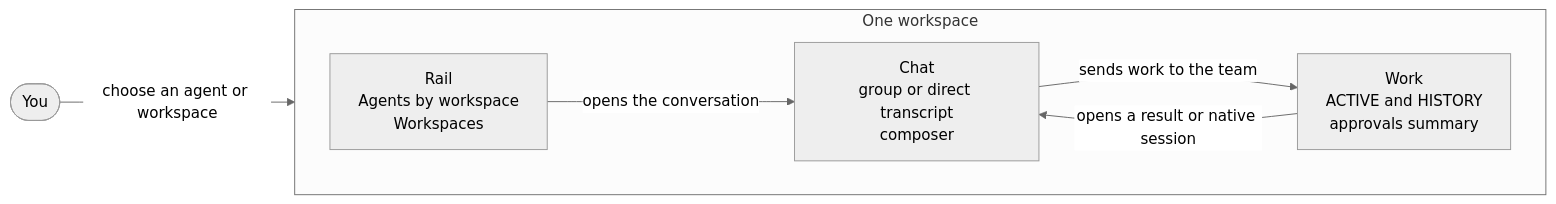
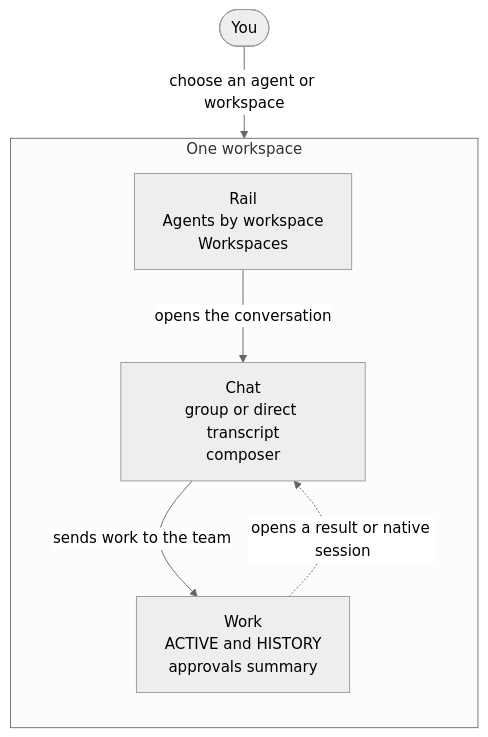
The diagram in docs/concepts/workspace-shell.md (heyimteee/ensemble), drawn with Mermaid (neutral theme) before and after one commit. The commit also changed other lines of this file and 37 other files, not shown here.

````diff
--- a/docs/concepts/workspace-shell.md
+++ b/docs/concepts/workspace-shell.md
@@ -46,14 +54,16 @@
 ```mermaid
-flowchart LR
+flowchart TB
+  accTitle: The three-pane workspace shell
+  accDescr: You choose an agent or workspace in the rail, the conversation opens in chat, sent work appears in Work, and a result or native session opens back in chat.
   you(["You"])
   subgraph shell [One workspace]
-    direction LR
+    direction TB
     rail["Rail<br/>Agents by workspace<br/>Workspaces"]
     chat["Chat<br/>group or direct transcript<br/>composer"]
     work["Work<br/>ACTIVE and HISTORY<br/>approvals summary"]
   end
   you -- "choose an agent or workspace" --> rail
   rail -- "opens the conversation" --> chat
   chat -- "sends work to the team" --> work
-  work -- "opens a result or native session" --> chat
+  work -. "opens a result or native session" .-> chat
 ```
````
